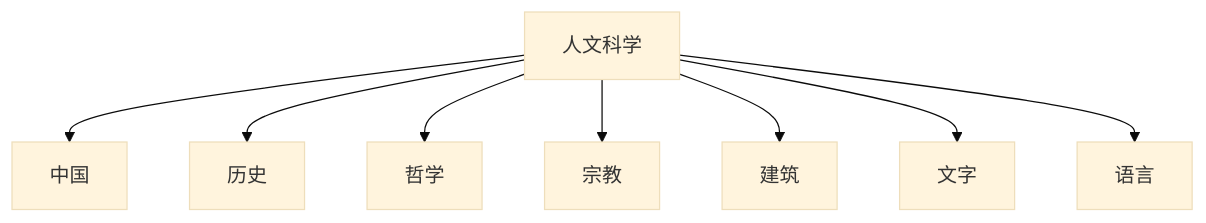
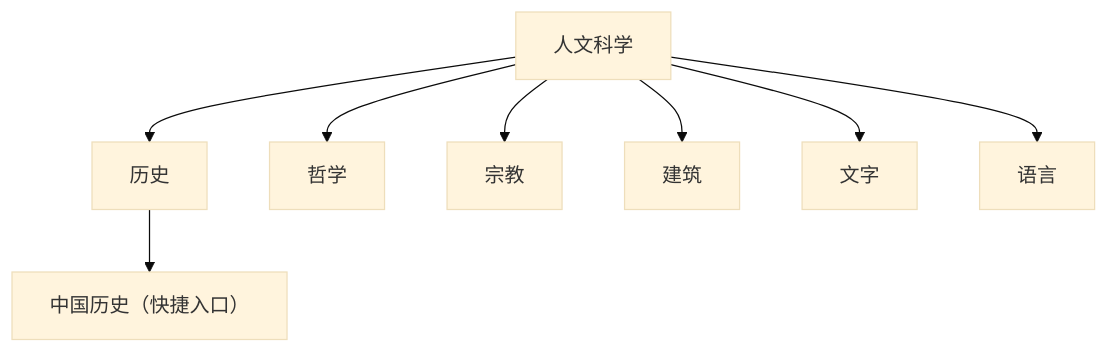
The diagram in 人文科学/README.md (tianlan-dev/learning-notes), drawn with Mermaid (base theme) before and after one commit. The commit also changed other lines of this file and 180 other files, not shown here.

````diff
--- a/人文科学/README.md
+++ b/人文科学/README.md
@@ -11,10 +11,10 @@
 ```mermaid
 graph TD
-    Humanities["人文科学"] --> ChinaHistory["中国"]
-    Humanities --> WorldHistory["历史"]
+    Humanities["人文科学"] --> WorldHistory["历史"]
+    WorldHistory --> ChinaHistory["中国历史（快捷入口）"]
     Humanities --> Philosophy["哲学"]
     Humanities --> Religion["宗教"]
     Humanities --> Architecture["建筑"]
     Humanities --> Writing["文字"]
     Humanities --> Language["语言"]
 ```
````
